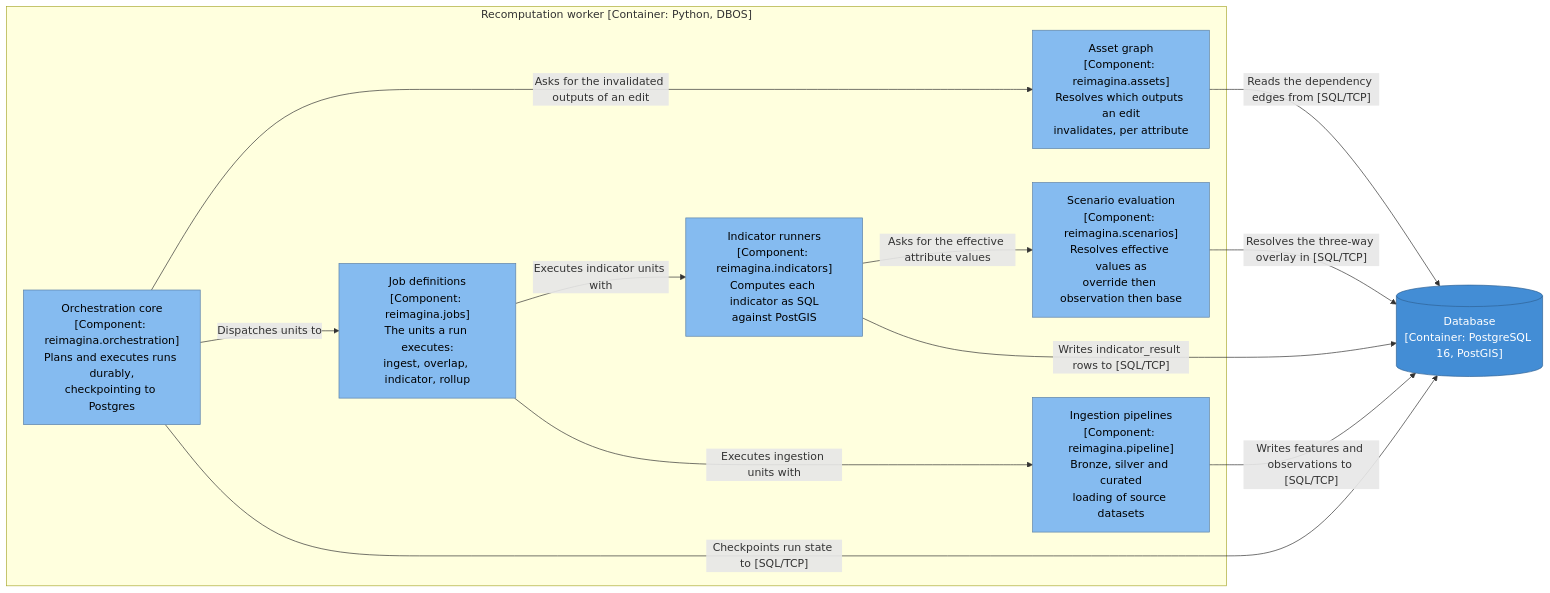
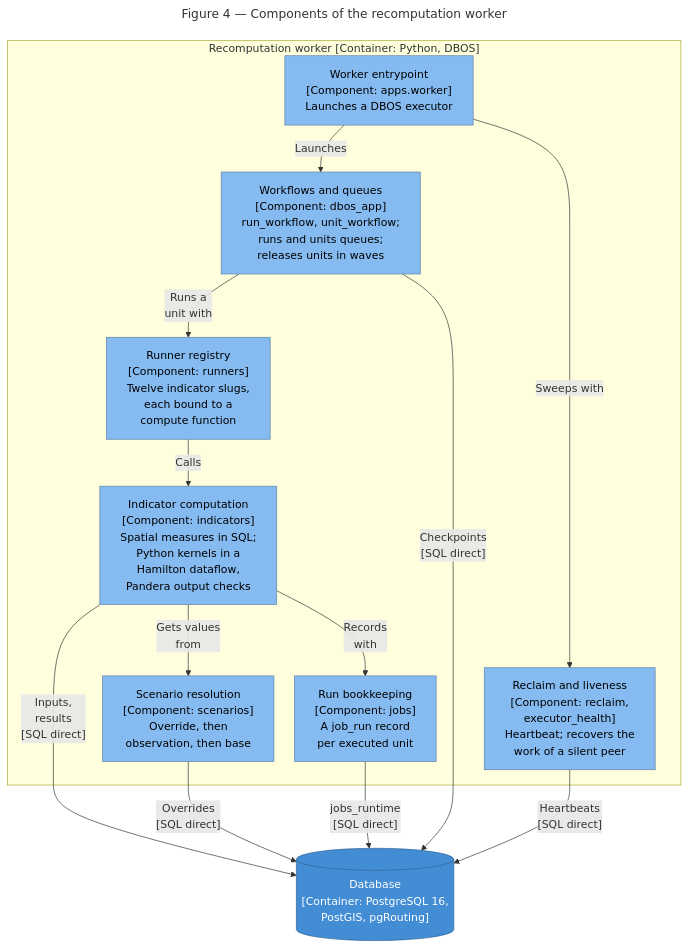
One commit to rschifan/reimagina-evo changed the diagram in docs/delivery/diagrams/c4_03_worker_components.mmd. Above: the diagram before and after it, drawn with Mermaid. The commit also changed 16 other files, not shown here.

First line of the commit message:
docs(delivery): issue the architecture map as 1.0 against r051

```diff
--- a/docs/delivery/diagrams/c4_03_worker_components.mmd
+++ b/docs/delivery/diagrams/c4_03_worker_components.mmd
@@ -1,27 +1,38 @@
-flowchart LR
-  db[("Database<br/>[Container: PostgreSQL 16, PostGIS]")]
-
+---
+title: "Figure 4 — Components of the recomputation worker"
+config:
+  flowchart:
+    wrappingWidth: 520
+    nodeSpacing: 30
+    rankSpacing: 45
+  themeCSS: ".flowchartTitleText{font-size:30px;font-weight:600;fill:#16181d}"
+---
+flowchart TB
   subgraph worker["Recomputation worker [Container: Python, DBOS]"]
-    orch["Orchestration core<br/>[Component: reimagina.orchestration]<br/>Plans and executes runs durably,<br/>checkpointing to Postgres"]
-    jobs["Job definitions<br/>[Component: reimagina.jobs]<br/>The units a run executes:<br/>ingest, overlap, indicator, rollup"]
-    assets["Asset graph<br/>[Component: reimagina.assets]<br/>Resolves which outputs an edit<br/>invalidates, per attribute"]
-    scen["Scenario evaluation<br/>[Component: reimagina.scenarios]<br/>Resolves effective values as<br/>override then observation then base"]
-    ind["Indicator runners<br/>[Component: reimagina.indicators]<br/>Computes each indicator as SQL<br/>against PostGIS"]
-    pipe["Ingestion pipelines<br/>[Component: reimagina.pipeline]<br/>Bronze, silver and curated<br/>loading of source datasets"]
+    entry["Worker entrypoint<br/>[Component: apps.worker]<br/>Launches a DBOS executor"]
+    wf["Workflows and queues<br/>[Component: dbos_app]<br/>run_workflow, unit_workflow;<br/>runs and units queues;<br/>releases units in waves"]
+    reclaim["Reclaim and liveness<br/>[Component: reclaim,<br/>executor_health]<br/>Heartbeat; recovers the<br/>work of a silent peer"]
+    runners["Runner registry<br/>[Component: runners]<br/>Twelve indicator slugs,<br/>each bound to a<br/>compute function"]
+    ind["Indicator computation<br/>[Component: indicators]<br/>Spatial measures in SQL;<br/>Python kernels in a<br/>Hamilton dataflow,<br/>Pandera output checks"]
+    scen["Scenario resolution<br/>[Component: scenarios]<br/>Override, then<br/>observation, then base"]
+    life["Run bookkeeping<br/>[Component: jobs]<br/>A job_run record<br/>per executed unit"]
   end
 
-  orch -->|"Asks for the invalidated outputs of an edit"| assets
-  assets -->|"Reads the dependency edges from [SQL/TCP]"| db
-  orch -->|"Dispatches units to"| jobs
-  jobs -->|"Executes indicator units with"| ind
-  jobs -->|"Executes ingestion units with"| pipe
-  ind -->|"Asks for the effective attribute values"| scen
-  scen -->|"Resolves the three-way overlay in [SQL/TCP]"| db
-  ind -->|"Writes indicator_result rows to [SQL/TCP]"| db
-  pipe -->|"Writes features and observations to [SQL/TCP]"| db
-  orch -->|"Checkpoints run state to [SQL/TCP]"| db
+  db[("Database<br/>[Container: PostgreSQL 16,<br/>PostGIS, pgRouting]")]
+
+  entry -->|"Launches"| wf
+  entry -->|"Sweeps with"| reclaim
+  wf -->|"Runs a<br/>unit with"| runners
+  runners -->|"Calls"| ind
+  ind -->|"Gets values<br/>from"| scen
+  ind -->|"Records<br/>with"| life
+  ind -->|"Inputs,<br/>results<br/>[SQL direct]"| db
+  scen -->|"Overrides<br/>[SQL direct]"| db
+  life -->|"jobs_runtime<br/>[SQL direct]"| db
+  wf -->|"Checkpoints<br/>[SQL direct]"| db
+  reclaim -->|"Heartbeats<br/>[SQL direct]"| db
 
   classDef component fill:#85bbf0,stroke:#5d82a8,color:#000
-  classDef store fill:#438dd5,stroke:#2e6295,color:#fff
-  class orch,jobs,assets,scen,ind,pipe component
-  class db store
+  classDef datastore fill:#438dd5,stroke:#2e6295,color:#fff
+  class entry,wf,reclaim,runners,ind,scen,life component
+  class db datastore
```
